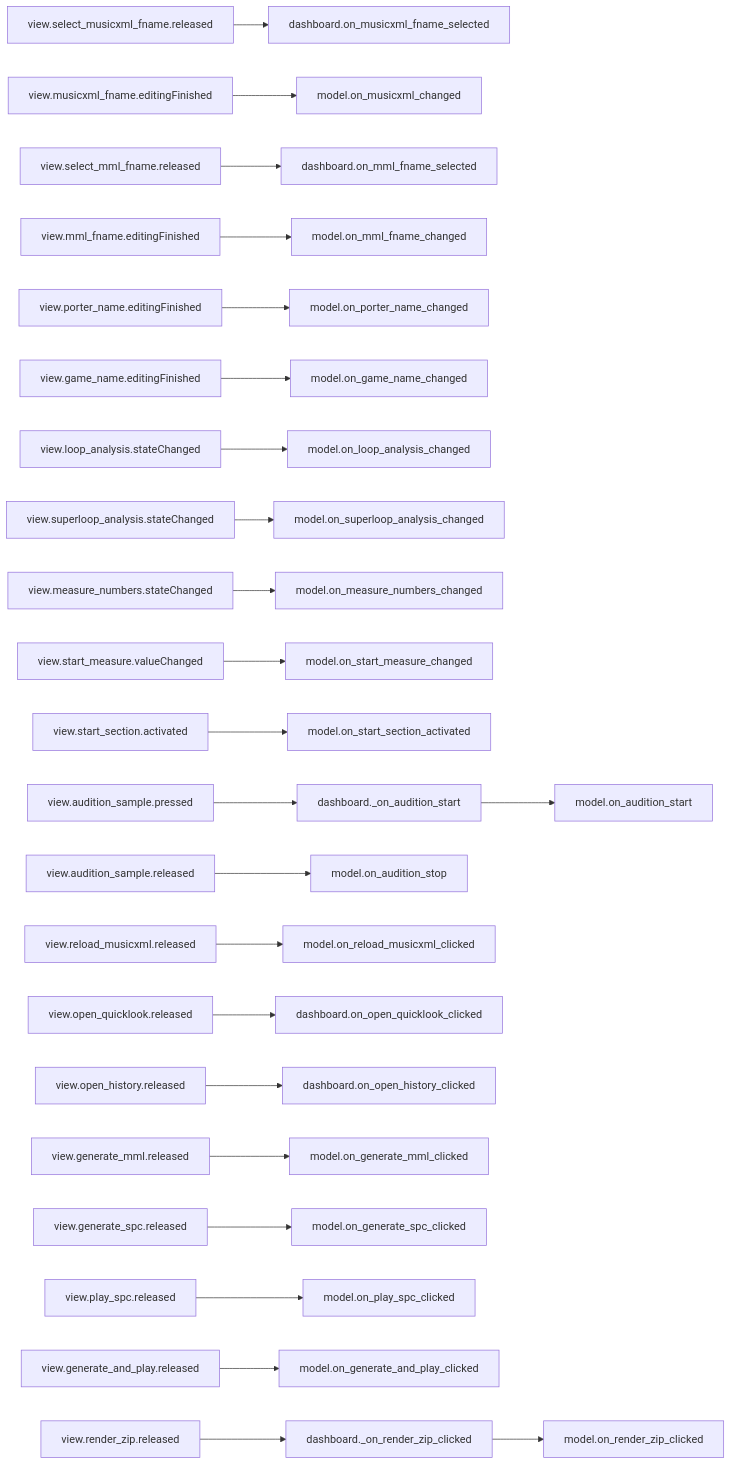
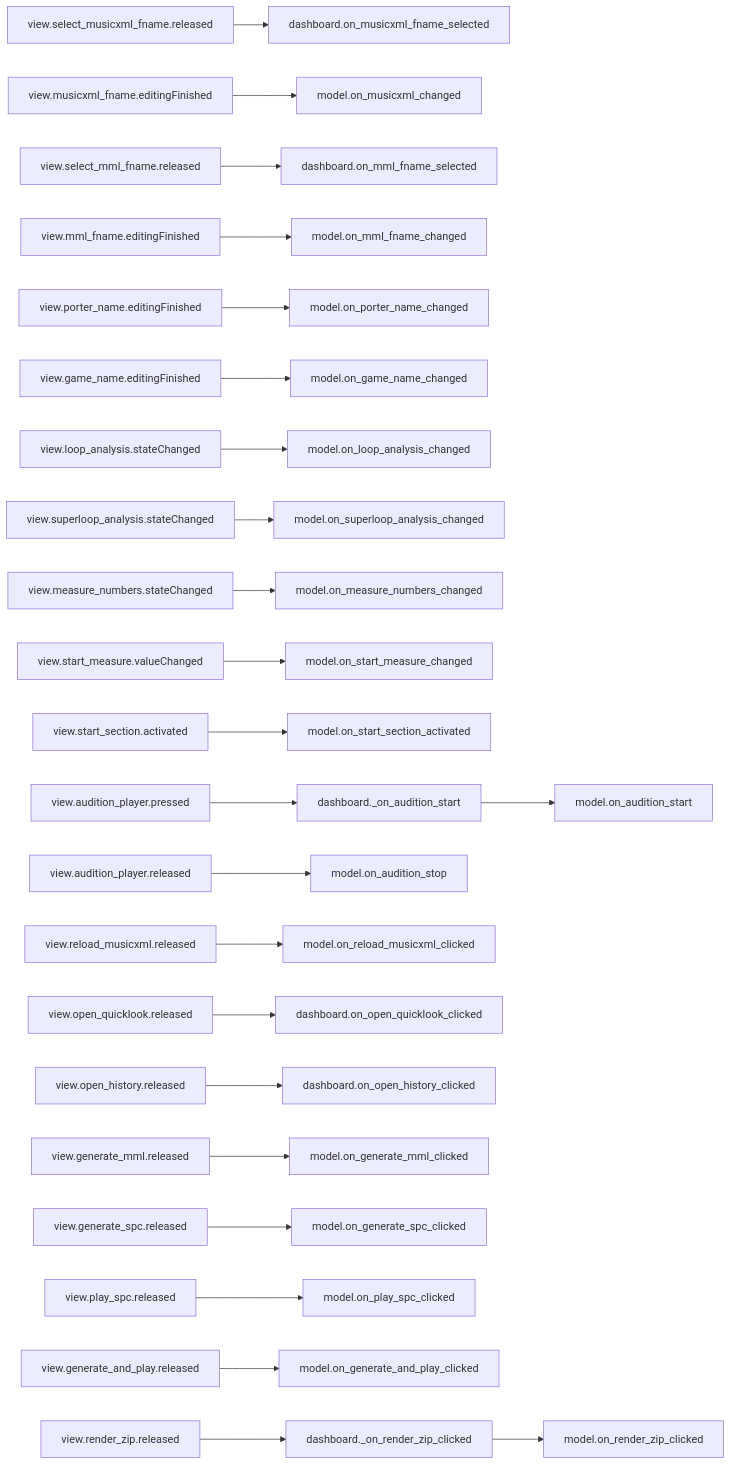
The third of 10 diagrams in doc/source/dashboard_signal_slot_map.rst (com-posers-pit/smw_music), drawn with Mermaid before and after one commit. The commit also changed other lines of this file and 5 other files, not shown here.

```diff
--- a/doc/source/dashboard_signal_slot_map.rst
+++ b/doc/source/dashboard_signal_slot_map.rst
@@ -61,24 +61,24 @@
 .. mermaid::
 
    flowchart LR
       view.select_musicxml_fname.released --> dashboard.on_musicxml_fname_selected
       view.musicxml_fname.editingFinished --> model.on_musicxml_changed
       view.select_mml_fname.released --> dashboard.on_mml_fname_selected
       view.mml_fname.editingFinished --> model.on_mml_fname_changed
       view.porter_name.editingFinished --> model.on_porter_name_changed
       view.game_name.editingFinished --> model.on_game_name_changed
       view.loop_analysis.stateChanged --> model.on_loop_analysis_changed
       view.superloop_analysis.stateChanged --> model.on_superloop_analysis_changed
       view.measure_numbers.stateChanged --> model.on_measure_numbers_changed
       view.start_measure.valueChanged --> model.on_start_measure_changed
       view.start_section.activated --> model.on_start_section_activated
-      view.audition_sample.pressed --> dashboard._on_audition_start --> model.on_audition_start
-      view.audition_sample.released --> model.on_audition_stop
+      view.audition_player.pressed --> dashboard._on_audition_start --> model.on_audition_start
+      view.audition_player.released --> model.on_audition_stop
       view.reload_musicxml.released --> model.on_reload_musicxml_clicked
       view.open_quicklook.released --> dashboard.on_open_quicklook_clicked
       view.open_history.released --> dashboard.on_open_history_clicked
       view.generate_mml.released --> model.on_generate_mml_clicked
       view.generate_spc.released --> model.on_generate_spc_clicked
       view.play_spc.released --> model.on_play_spc_clicked
       view.generate_and_play.released --> model.on_generate_and_play_clicked
       view.render_zip.released --> dashboard._on_render_zip_clicked --> model.on_render_zip_clicked
```
